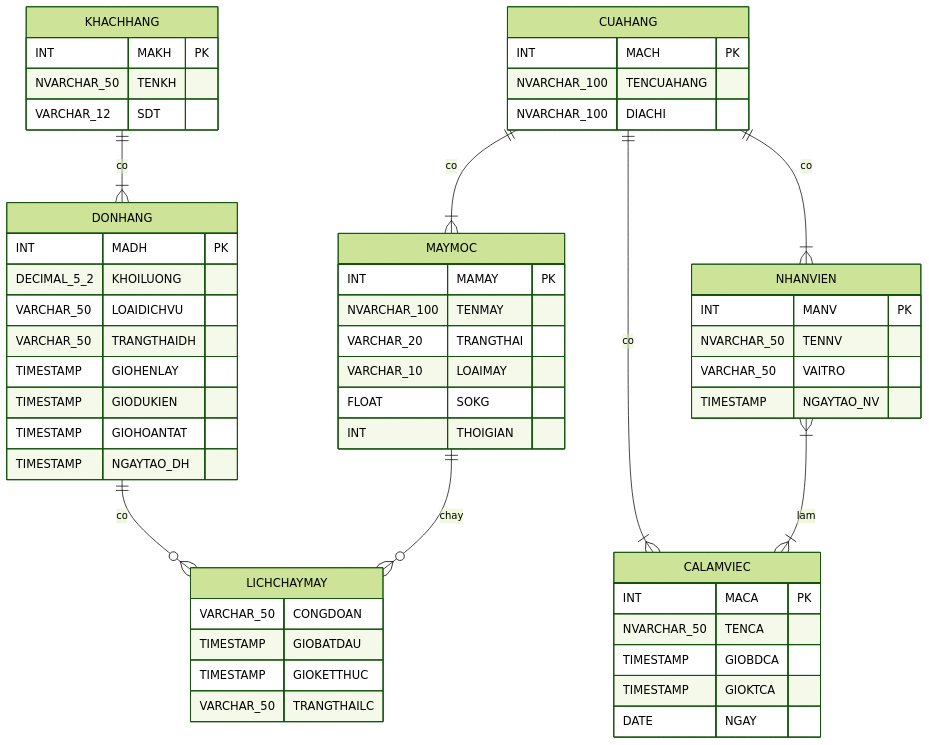
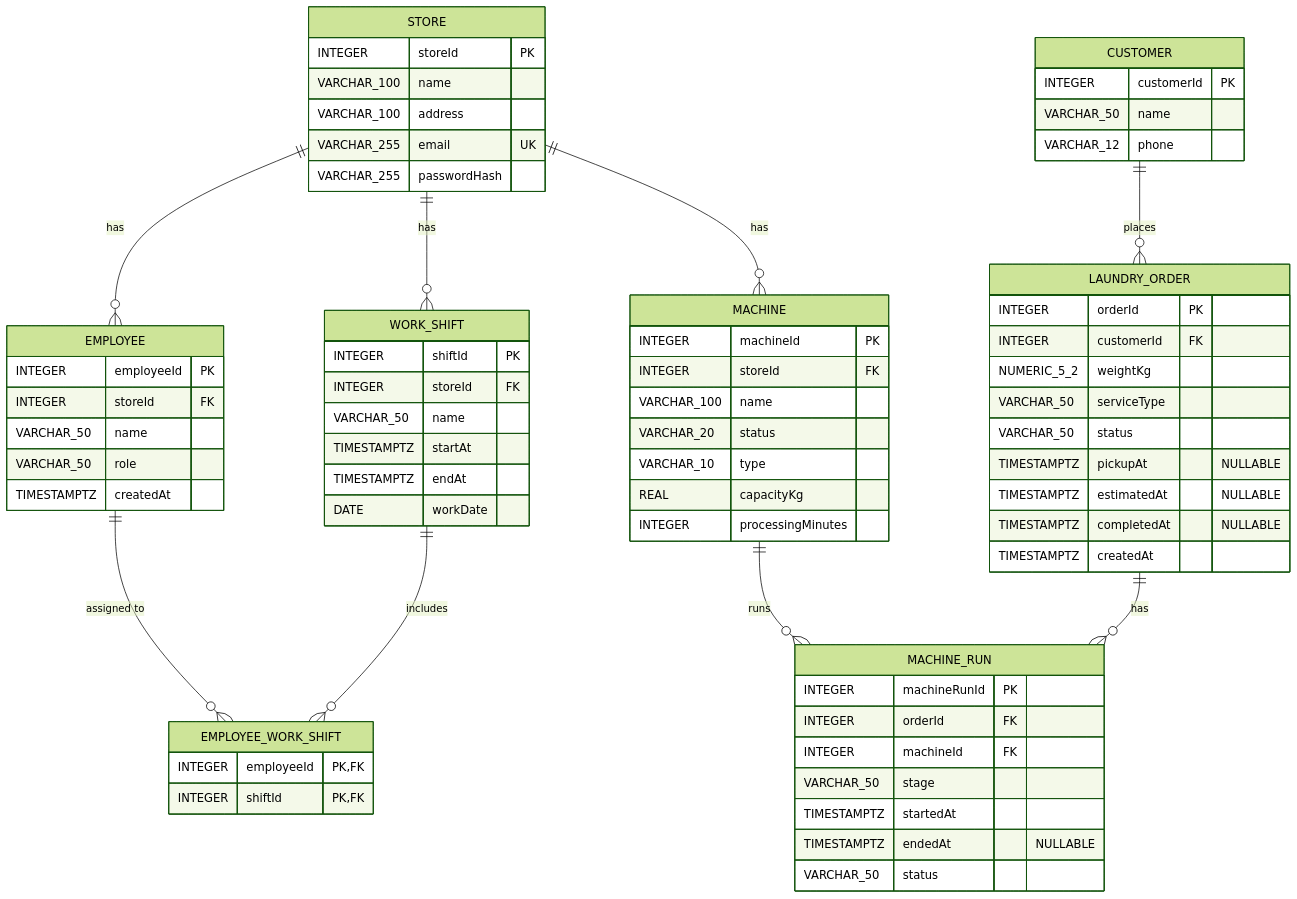
Before and after one commit to Spring-anzuaviv/HCI: the diagram in src/backend/docs/erd.md, drawn with Mermaid (forest theme). The commit also changed other lines of this file and 42 other files, not shown here.

````diff
--- a/src/backend/docs/erd.md
+++ b/src/backend/docs/erd.md
@@ -3,71 +3,83 @@
-```mermaid
+~~~mermaid
 erDiagram
 
-    KHACHHANG {
-        INT MAKH PK
-        NVARCHAR_50 TENKH
-        VARCHAR_12 SDT
+    STORE {
+        INTEGER storeId PK
+        VARCHAR_100 name
+        VARCHAR_100 address
+        VARCHAR_255 email UK
+        VARCHAR_255 passwordHash
     }
 
-    DONHANG {
-        INT MADH PK
-        DECIMAL_5_2 KHOILUONG
-        VARCHAR_50 LOAIDICHVU
-        VARCHAR_50 TRANGTHAIDH
-        TIMESTAMP GIOHENLAY
-        TIMESTAMP GIODUKIEN
-        TIMESTAMP GIOHOANTAT
-        TIMESTAMP NGAYTAO_DH
+    CUSTOMER {
+        INTEGER customerId PK
+        VARCHAR_50 name
+        VARCHAR_12 phone
     }
 
-    LICHCHAYMAY {
-        VARCHAR_50 CONGDOAN
-        TIMESTAMP GIOBATDAU
-        TIMESTAMP GIOKETTHUC
-        VARCHAR_50 TRANGTHAILC
+    EMPLOYEE {
+        INTEGER employeeId PK
+        INTEGER storeId FK
+        VARCHAR_50 name
+        VARCHAR_50 role
+        TIMESTAMPTZ createdAt
     }
 
-    MAYMOC {
-        INT MAMAY PK
-        NVARCHAR_100 TENMAY
-        VARCHAR_20 TRANGTHAI
-        VARCHAR_10 LOAIMAY
-        FLOAT SOKG
-        INT THOIGIAN
+    WORK_SHIFT {
+        INTEGER shiftId PK
+        INTEGER storeId FK
+        VARCHAR_50 name
+        TIMESTAMPTZ startAt
+        TIMESTAMPTZ endAt
+        DATE workDate
     }
 
-    NHANVIEN {
-        INT MANV PK
-        NVARCHAR_50 TENNV
-        VARCHAR_50 VAITRO
-        TIMESTAMP NGAYTAO_NV
+    EMPLOYEE_WORK_SHIFT {
+        INTEGER employeeId PK,FK
+        INTEGER shiftId PK,FK
     }
 
-    CALAMVIEC {
-        INT MACA PK
-        NVARCHAR_50 TENCA
-        TIMESTAMP GIOBDCA
-        TIMESTAMP GIOKTCA
-        DATE NGAY
+    MACHINE {
+        INTEGER machineId PK
+        INTEGER storeId FK
+        VARCHAR_100 name
+        VARCHAR_20 status
+        VARCHAR_10 type
+        REAL capacityKg
+        INTEGER processingMinutes
     }
 
-    CUAHANG {
-        INT MACH PK
-        NVARCHAR_100 TENCUAHANG
-        NVARCHAR_100 DIACHI
+    LAUNDRY_ORDER {
+        INTEGER orderId PK
+        INTEGER customerId FK
+        NUMERIC_5_2 weightKg
+        VARCHAR_50 serviceType
+        VARCHAR_50 status
+        TIMESTAMPTZ pickupAt "NULLABLE"
+        TIMESTAMPTZ estimatedAt "NULLABLE"
+        TIMESTAMPTZ completedAt "NULLABLE"
+        TIMESTAMPTZ createdAt
     }
 
-    KHACHHANG ||--|{ DONHANG : "co"
+    MACHINE_RUN {
+        INTEGER machineRunId PK
+        INTEGER orderId FK
+        INTEGER machineId FK
+        VARCHAR_50 stage
+        TIMESTAMPTZ startedAt
+        TIMESTAMPTZ endedAt "NULLABLE"
+        VARCHAR_50 status
+    }
 
-    DONHANG ||--o{ LICHCHAYMAY : "co"
+    STORE ||--o{ EMPLOYEE : "has"
+    STORE ||--o{ WORK_SHIFT : "has"
+    STORE ||--o{ MACHINE : "has"
 
-    MAYMOC ||--o{ LICHCHAYMAY : "chay"
+    EMPLOYEE ||--o{ EMPLOYEE_WORK_SHIFT : "assigned to"
+    WORK_SHIFT ||--o{ EMPLOYEE_WORK_SHIFT : "includes"
 
-    CUAHANG ||--|{ MAYMOC : "co"
+    CUSTOMER ||--o{ LAUNDRY_ORDER : "places"
 
-    CUAHANG ||--|{ NHANVIEN : "co"
-
-    CUAHANG ||--|{ CALAMVIEC : "co"
-
-    NHANVIEN }|--|{ CALAMVIEC : "lam"
-```
+    LAUNDRY_ORDER ||--o{ MACHINE_RUN : "has"
+    MACHINE ||--o{ MACHINE_RUN : "runs"
+~~~
````
